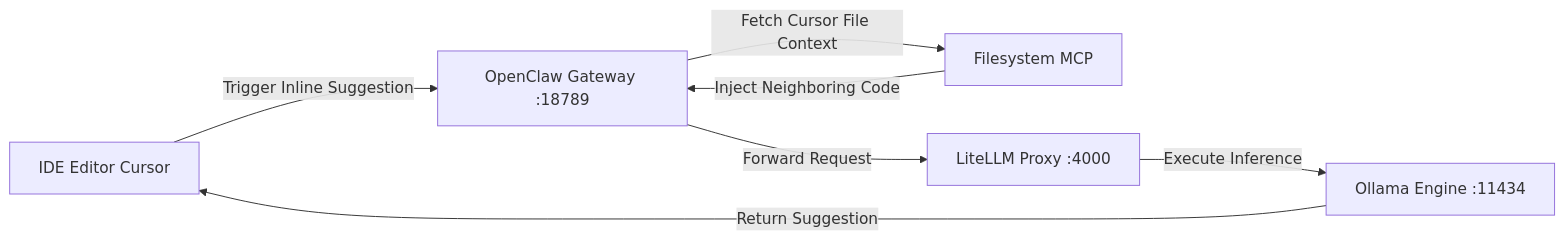
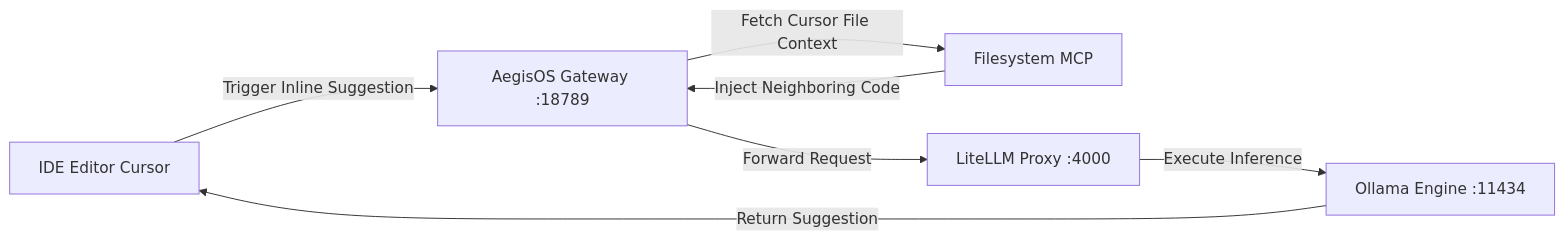
One commit to rjmad1/AegisOS changed the third of 4 diagrams in docs/User_Guide.md. Above: the diagram before and after it, drawn with Mermaid. The commit also changed other lines of this file and 303 other files, not shown here.

Commit message:
refactor(branding): rename OpenClaw to AegisOS

````diff
--- a/docs/User_Guide.md
+++ b/docs/User_Guide.md
@@ -71,9 +71,9 @@
 ```mermaid
 flowchart LR
-    IDE[IDE Editor Cursor] -->|Trigger Inline Suggestion| OpenClaw[OpenClaw Gateway :18789]
-    OpenClaw -->|Fetch Cursor File Context| FS[Filesystem MCP]
-    FS -->|Inject Neighboring Code| OpenClaw
-    OpenClaw -->|Forward Request| LiteLLM[LiteLLM Proxy :4000]
+    IDE[IDE Editor Cursor] -->|Trigger Inline Suggestion| AegisOS[AegisOS Gateway :18789]
+    AegisOS -->|Fetch Cursor File Context| FS[Filesystem MCP]
+    FS -->|Inject Neighboring Code| AegisOS
+    AegisOS -->|Forward Request| LiteLLM[LiteLLM Proxy :4000]
     LiteLLM -->|Execute Inference| Ollama[Ollama Engine :11434]
     Ollama -->|Return Suggestion| IDE
 ```
````
